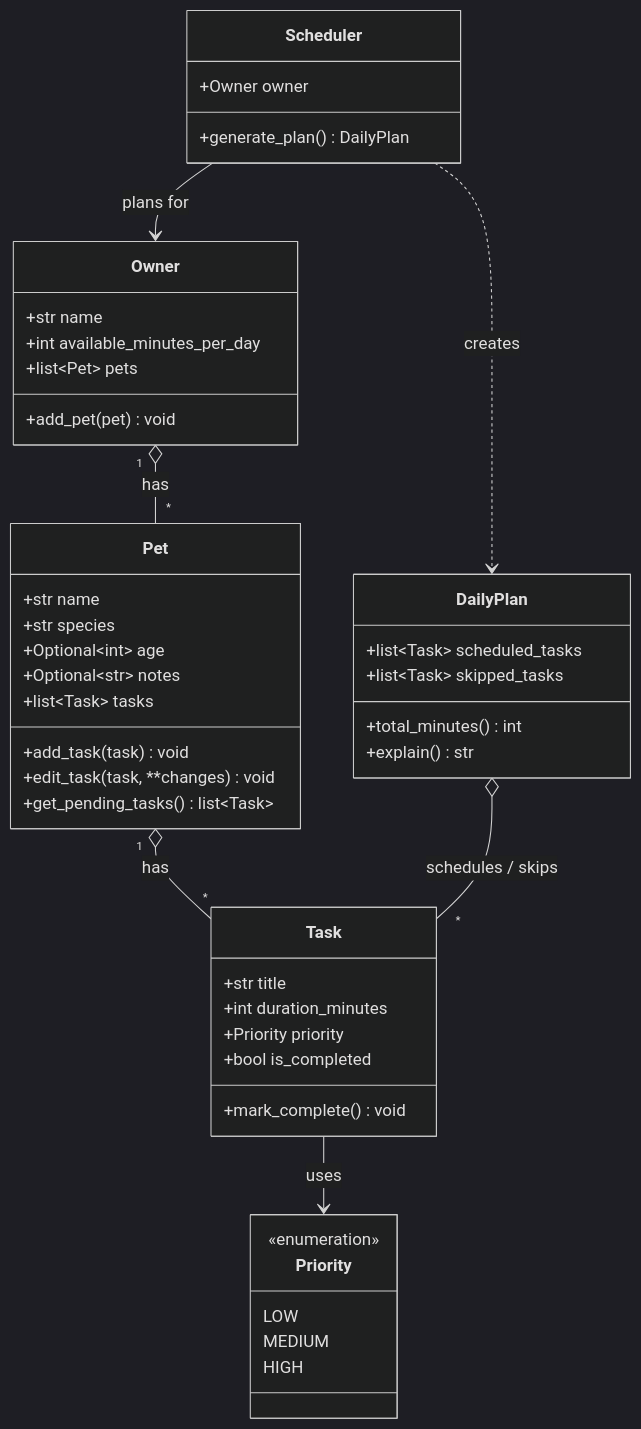
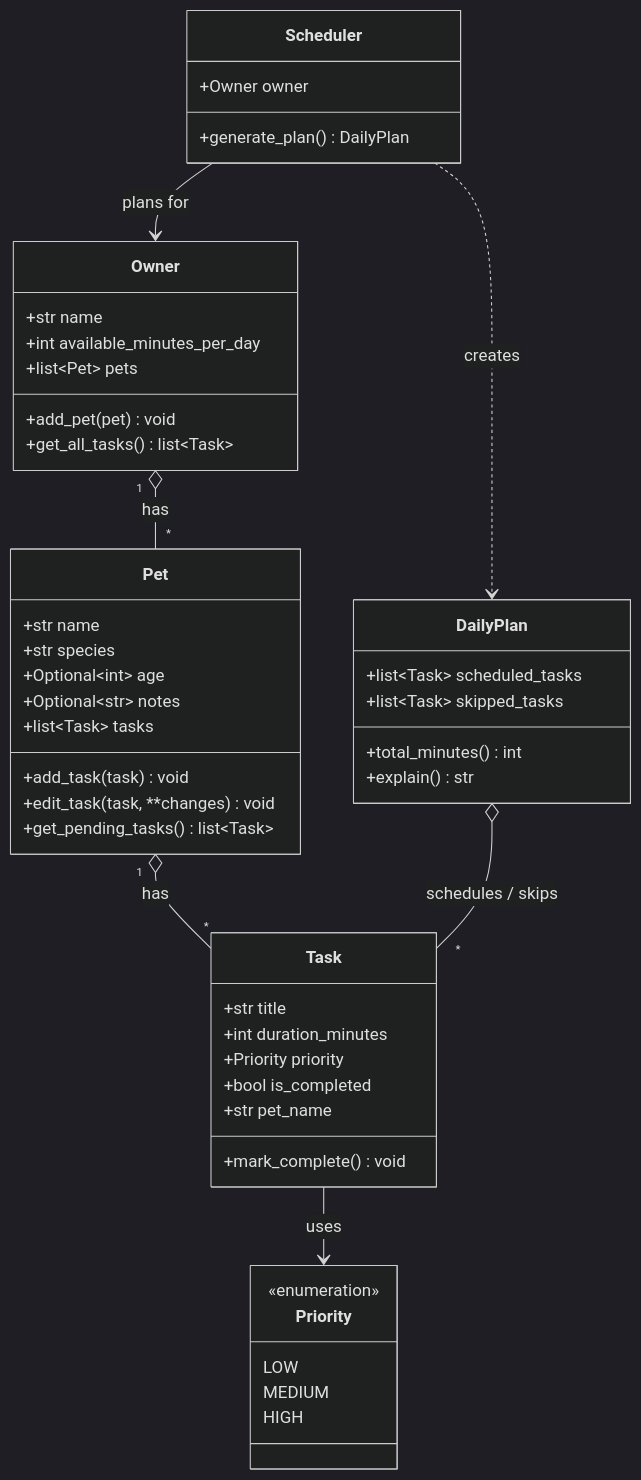
Before and after one commit to J0Fern/ai110-module2show-pawpal-starter: the diagram in diagrams/uml.mmd, drawn with Mermaid (dark theme). The commit also changed 2 other files, not shown here.

Commit message:
Phase 1 system design and UML with AI support

```diff
--- a/diagrams/uml.mmd
+++ b/diagrams/uml.mmd
@@ -1,54 +1,57 @@
 classDiagram
-    %% Legend: fields typed Optional~T~ are optional (may be None); all other fields are required.
+    %% Legend: fields typed Optional~T~ are optional (may be None); all other fields are required
+    %% (fields with a default value, such as priority, can be omitted when constructing).
 
     class Owner {
         +str name
         +int available_minutes_per_day
         +list~Pet~ pets
         +add_pet(pet) void
+        +get_all_tasks() list~Task~
     }
 
     class Pet {
         +str name
         +str species
         +Optional~int~ age
         +Optional~str~ notes
         +list~Task~ tasks
         +add_task(task) void
         +edit_task(task, **changes) void
         +get_pending_tasks() list~Task~
     }
 
     class Task {
         +str title
         +int duration_minutes
         +Priority priority
         +bool is_completed
+        +str pet_name
         +mark_complete() void
     }
 
     class Priority {
         <<enumeration>>
         LOW
         MEDIUM
         HIGH
     }
 
     class Scheduler {
         +Owner owner
         +generate_plan() DailyPlan
     }
 
     class DailyPlan {
         +list~Task~ scheduled_tasks
         +list~Task~ skipped_tasks
         +total_minutes() int
         +explain() str
     }
 
     Owner "1" o-- "*" Pet : has
     Pet "1" o-- "*" Task : has
     Task --> Priority : uses
     Scheduler --> Owner : plans for
     Scheduler ..> DailyPlan : creates
     DailyPlan o-- "*" Task : schedules / skips
```
